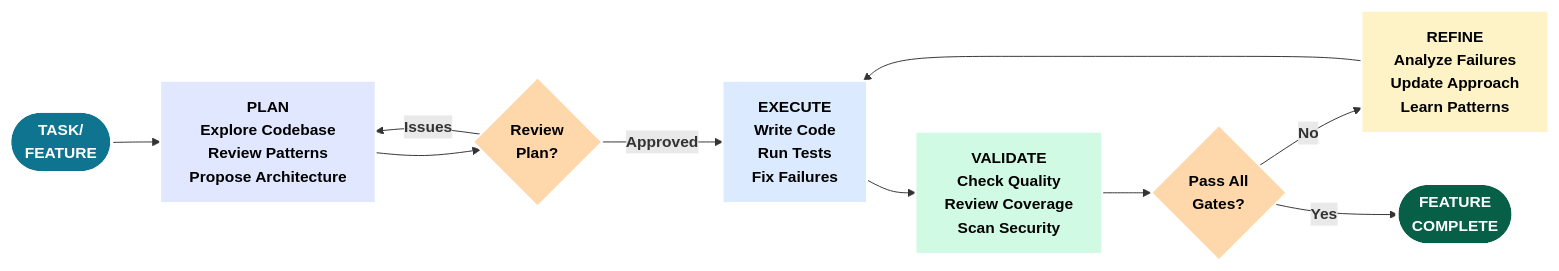
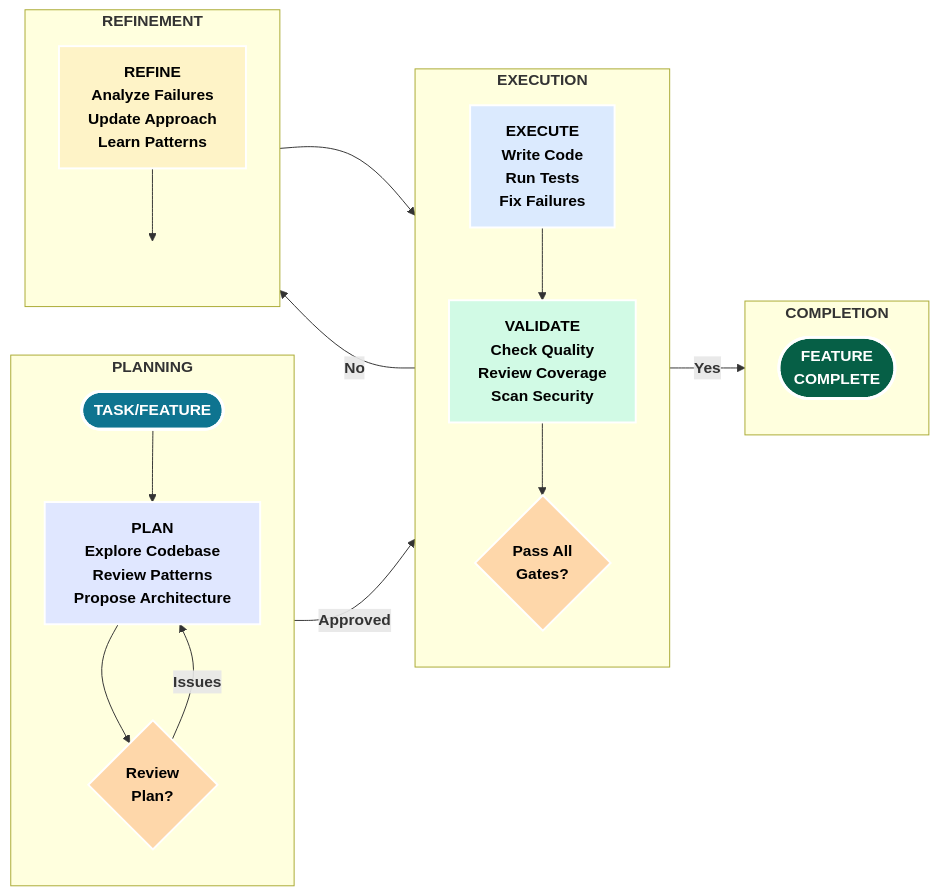
One commit to cgbraun/SparseTagging changed the third of 28 diagrams in docs/TUTORIAL_DIAGRAMS_SLIDES.md. Above: the diagram before and after it, drawn with Mermaid. The commit also changed other lines of this file, not shown here.

Commit message:
UPdated for all slides.

````diff
--- a/docs/TUTORIAL_DIAGRAMS_SLIDES.md
+++ b/docs/TUTORIAL_DIAGRAMS_SLIDES.md
@@ -198,25 +198,43 @@
 ```mermaid
 graph LR
-    Start([<b>TASK/<br/>FEATURE</b>]) --> Plan[<b>PLAN</b><br/><b>Explore Codebase</b><br/><b>Review Patterns</b><br/><b>Propose Architecture</b>]
+    subgraph PLAN_PHASE["<b>PLANNING</b>"]
+        direction TB
+        Start([<b>TASK/FEATURE</b>]) --> Plan[<b>PLAN</b><br/><b>Explore Codebase</b><br/><b>Review Patterns</b><br/><b>Propose Architecture</b>]
+        Plan --> Review{<b>Review<br/>Plan?</b>}
+        Review -->|<b>Issues</b>| Plan
+    end
 
-    Plan --> Review{<b>Review<br/>Plan?</b>}
-    Review -->|<b>Issues</b>| Plan
-    Review -->|<b>Approved</b>| Execute[<b>EXECUTE</b><br/><b>Write Code</b><br/><b>Run Tests</b><br/><b>Fix Failures</b>]
+    subgraph EXECUTE_PHASE["<b>EXECUTION</b>"]
+        direction TB
+        Execute[<b>EXECUTE</b><br/><b>Write Code</b><br/><b>Run Tests</b><br/><b>Fix Failures</b>]
+        Execute --> Validate[<b>VALIDATE</b><br/><b>Check Quality</b><br/><b>Review Coverage</b><br/><b>Scan Security</b>]
+        Validate --> Gate{<b>Pass All<br/>Gates?</b>}
+    end
 
-    Execute --> Validate[<b>VALIDATE</b><br/><b>Check Quality</b><br/><b>Review Coverage</b><br/><b>Scan Security</b>]
+    subgraph REFINE_PHASE["<b>REFINEMENT</b>"]
+        direction TB
+        Refine[<b>REFINE</b><br/><b>Analyze Failures</b><br/><b>Update Approach</b><br/><b>Learn Patterns</b>]
+        Refine --> RefineOut[ ]
+    end
 
-    Validate --> Gate{<b>Pass All<br/>Gates?</b>}
-    Gate -->|<b>No</b>| Refine[<b>REFINE</b><br/><b>Analyze Failures</b><br/><b>Update Approach</b><br/><b>Learn Patterns</b>]
-    Refine --> Execute
+    subgraph COMPLETE_PHASE["<b>COMPLETION</b>"]
+        direction TB
+        Complete([<b>FEATURE<br/>COMPLETE</b>])
+    end
 
-    Gate -->|<b>Yes</b>| Complete([<b>FEATURE<br/>COMPLETE</b>])
+    Review -->|<b>Approved</b>| Execute
+    Gate -->|<b>No</b>| Refine
+    RefineOut --> Execute
+    Gate -->|<b>Yes</b>| Complete
+
+    style RefineOut fill:none,stroke:none
 
     style Start fill:#0e7490,stroke:#fff,stroke-width:3px,color:#fff
     style Plan fill:#e0e7ff,stroke:#fff,stroke-width:2px,color:#000
     style Execute fill:#dbeafe,stroke:#fff,stroke-width:2px,color:#000
     style Validate fill:#d1fae5,stroke:#fff,stroke-width:2px,color:#000
     style Refine fill:#fef3c7,stroke:#fff,stroke-width:2px,color:#000
     style Review fill:#fed7aa,stroke:#fff,stroke-width:2px,color:#000
     style Gate fill:#fed7aa,stroke:#fff,stroke-width:2px,color:#000
     style Complete fill:#065f46,stroke:#fff,stroke-width:3px,color:#fff
 ```
````
